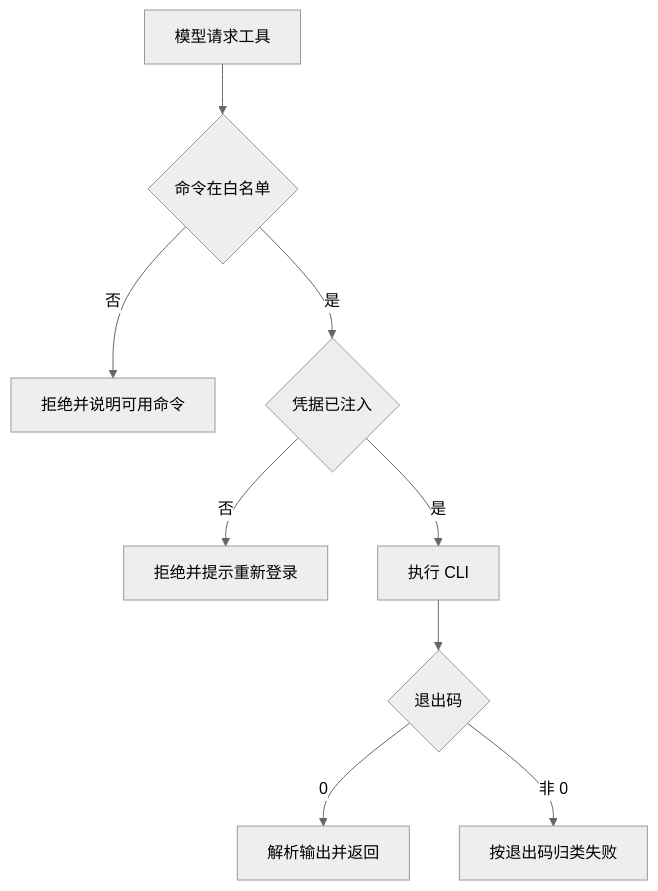
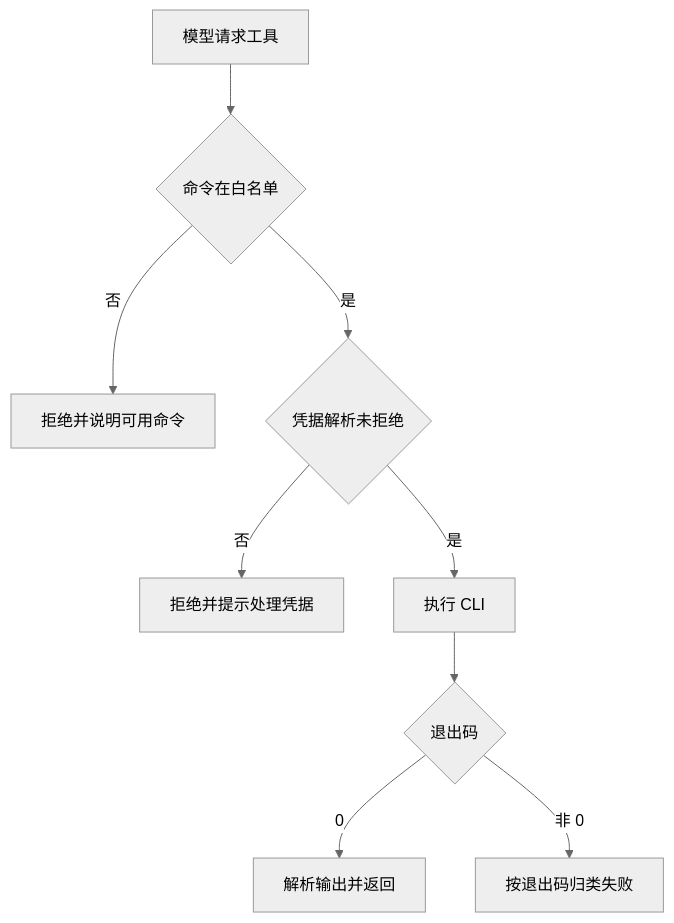
The diagram in docs/design/plugins/forge-devops.md (hrygo/heluo-forge), drawn with Mermaid (neutral theme) before and after one commit. The commit also changed other lines of this file and 41 other files, not shown here.

````diff
--- a/docs/design/plugins/forge-devops.md
+++ b/docs/design/plugins/forge-devops.md
@@ -148,11 +153,11 @@
 ```mermaid
 flowchart TD
   A[模型请求工具] --> B{命令在白名单}
   B -->|否| C[拒绝并说明可用命令]
-  B -->|是| D{凭据已注入}
-  D -->|否| E[拒绝并提示重新登录]
+  B -->|是| D{凭据解析未拒绝}
+  D -->|否| E[拒绝并提示处理凭据]
   D -->|是| F[执行 CLI]
   F --> G{退出码}
   G -->|0| H[解析输出并返回]
   G -->|非 0| I[按退出码归类失败]
 ```
````
